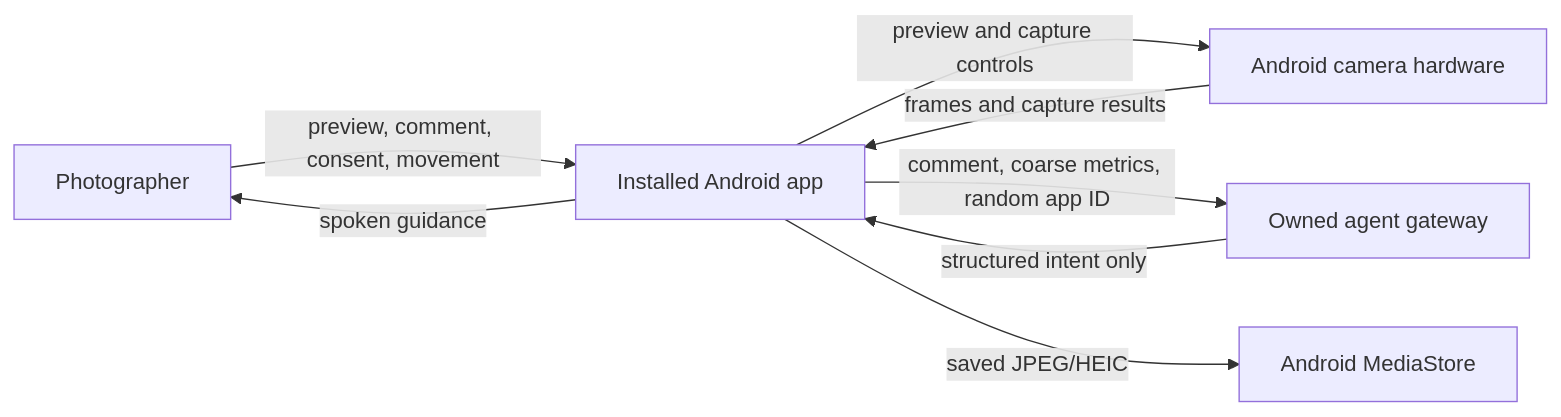
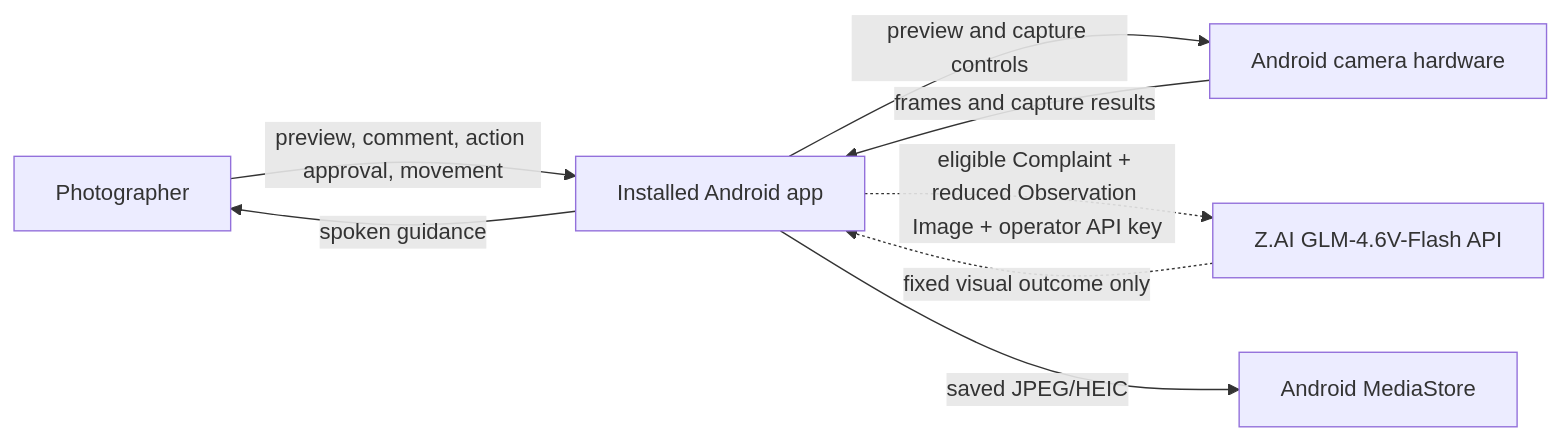
Before and after one commit to LuBolin/CameraAgent: the first of 2 diagrams in outputs/ANDROID_TECHNICAL_ARCHITECTURE.md, drawn with Mermaid. The commit also changed other lines of this file and 7 other files, not shown here.

Commit message:
document Android photo helper architecture

````diff
--- a/outputs/ANDROID_TECHNICAL_ARCHITECTURE.md
+++ b/outputs/ANDROID_TECHNICAL_ARCHITECTURE.md
@@ -94,10 +100,10 @@
 ```mermaid
 flowchart LR
-    U["Photographer"] -->|"preview, comment, consent, movement"| A["Installed Android app"]
+    U["Photographer"] -->|"preview, comment, action approval, movement"| A["Installed Android app"]
     A -->|"preview and capture controls"| C["Android camera hardware"]
     C -->|"frames and capture results"| A
-    A -->|"comment, coarse metrics, random app ID"| G["Owned agent gateway"]
-    G -->|"structured intent only"| A
+    A -.->|"eligible Complaint + reduced Observation Image + operator API key"| Z["Z.AI GLM-4.6V-Flash API"]
+    Z -.->|"fixed visual outcome only"| A
     A -->|"saved JPEG/HEIC"| M["Android MediaStore"]
     A -->|"spoken guidance"| U
 ```
````
